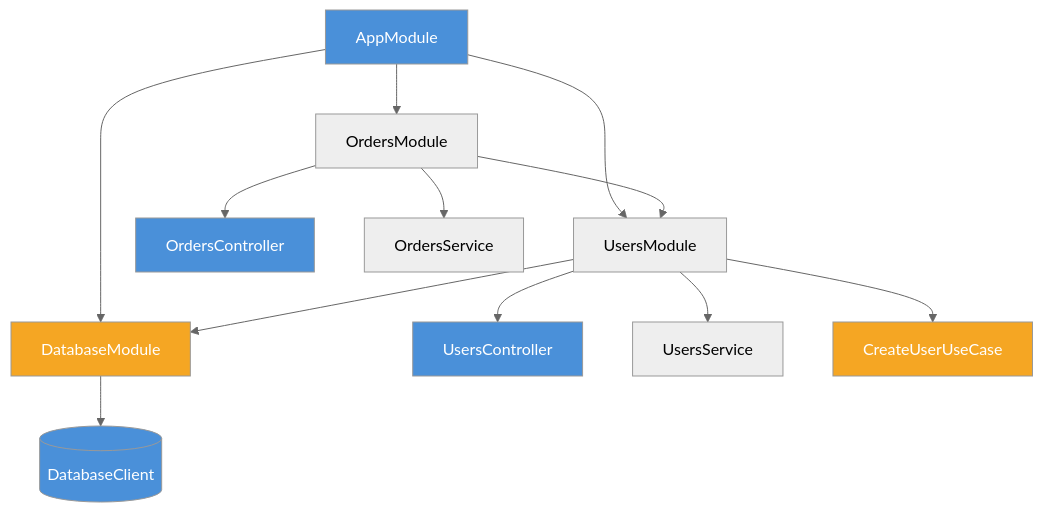
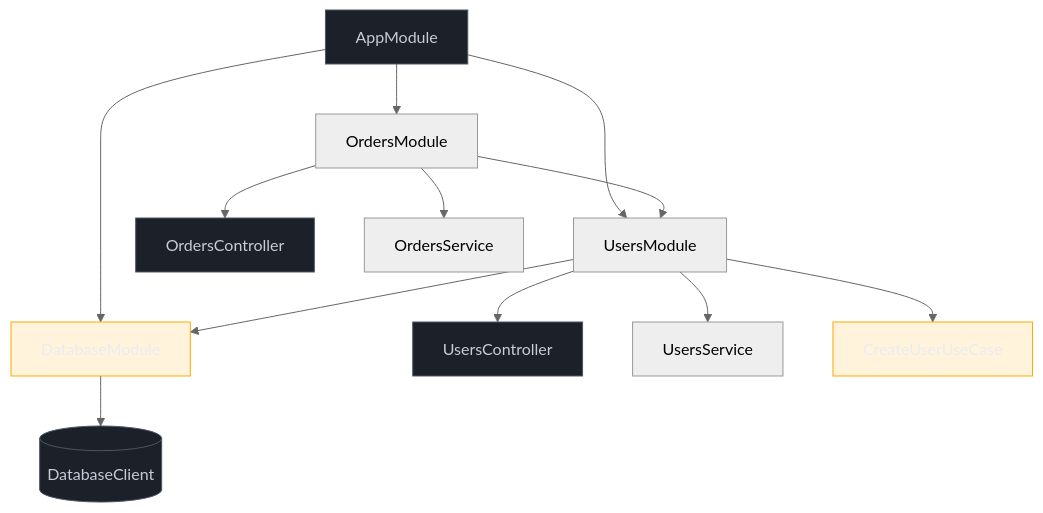
The diagram in 03-Dominios/Tecnologia/Node/Frameworks e arquitetura/03 - NestJS - fundamentos.md (josenaldo/codex-technomanticus), drawn with Mermaid (neutral theme) before and after one commit. The commit also changed 1181 other files, not shown here.

First line of the commit message:
fix(diagramas): paleta do sistema no lugar de cor cravada no markdown

````diff
--- a/03-Dominios/Tecnologia/Node/Frameworks e arquitetura/03 - NestJS - fundamentos.md
+++ b/03-Dominios/Tecnologia/Node/Frameworks e arquitetura/03 - NestJS - fundamentos.md
@@ -36,24 +36,26 @@
 ```mermaid
 graph TD
+    classDef neutro fill:#1B2029,stroke:#4E5666,color:#C6CCD8
+    classDef destaque fill:#FFAA0024,stroke:#FFAA00,color:#E9ECF2
     AM[AppModule] --> UM[UsersModule]
     AM --> OM[OrdersModule]
     AM --> DM[DatabaseModule]
 
     UM --> UC[UsersController]
     UM --> US[UsersService]
     UM --> CU[CreateUserUseCase]
     UM --> DM
 
     OM --> OC[OrdersController]
     OM --> OS[OrdersService]
     OM --> UM
 
     DM --> DB[(DatabaseClient)]
 
-    style AM fill:#4A90D9,color:#fff
-    style DM fill:#F5A623,color:#fff
-    style UC fill:#4A90D9,color:#fff
-    style OC fill:#4A90D9,color:#fff
-    style DB fill:#4A90D9,color:#fff
-    style CU fill:#F5A623,color:#fff
+    class AM neutro
+    class DM destaque
+    class UC neutro
+    class OC neutro
+    class DB neutro
+    class CU destaque
 ```
````
